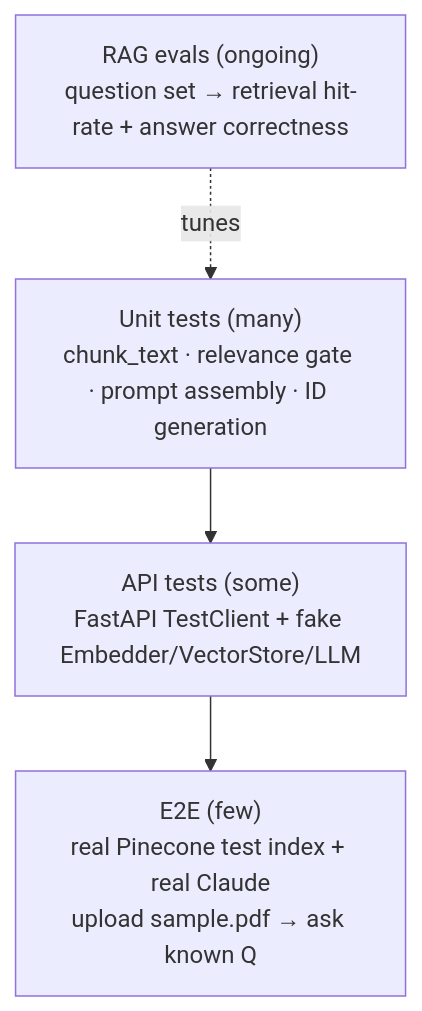
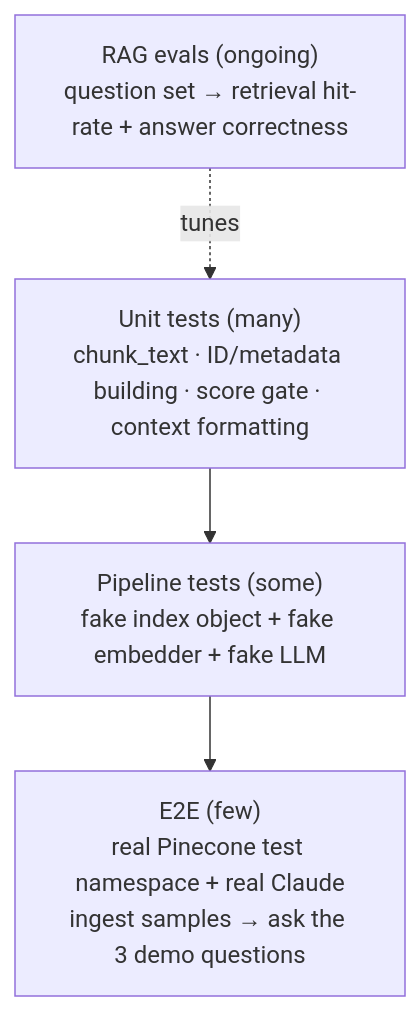
Before and after one commit to lsolor/korg-pdf-qa: diagram 15 of 19 in ARCHITECTURE.md, drawn with Mermaid. The commit also changed other lines of this file, not shown here.

First line of the commit message:
Update ARCHITECTURE.md for the script-based RAG pipeline

````diff
--- a/ARCHITECTURE.md
+++ b/ARCHITECTURE.md
@@ -792,9 +751,9 @@
 ```mermaid
 flowchart TB
-    e2e["E2E (few)<br/>real Pinecone test index + real Claude<br/>upload sample.pdf → ask known Q"]
-    integ["API tests (some)<br/>FastAPI TestClient + fake Embedder/VectorStore/LLM"]
-    unit["Unit tests (many)<br/>chunk_text · relevance gate · prompt assembly · ID generation"]
+    e2e["E2E (few)<br/>real Pinecone test namespace + real Claude<br/>ingest samples → ask the 3 demo questions"]
+    integ["Pipeline tests (some)<br/>fake index object + fake embedder + fake LLM"]
+    unit["Unit tests (many)<br/>chunk_text · ID/metadata building · score gate · context formatting"]
     evals["RAG evals (ongoing)<br/>question set → retrieval hit-rate + answer correctness"]
     unit --> integ --> e2e
     evals -.tunes.-> unit
 ```
````
